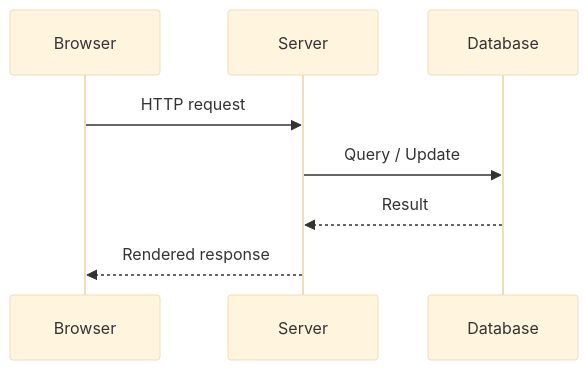
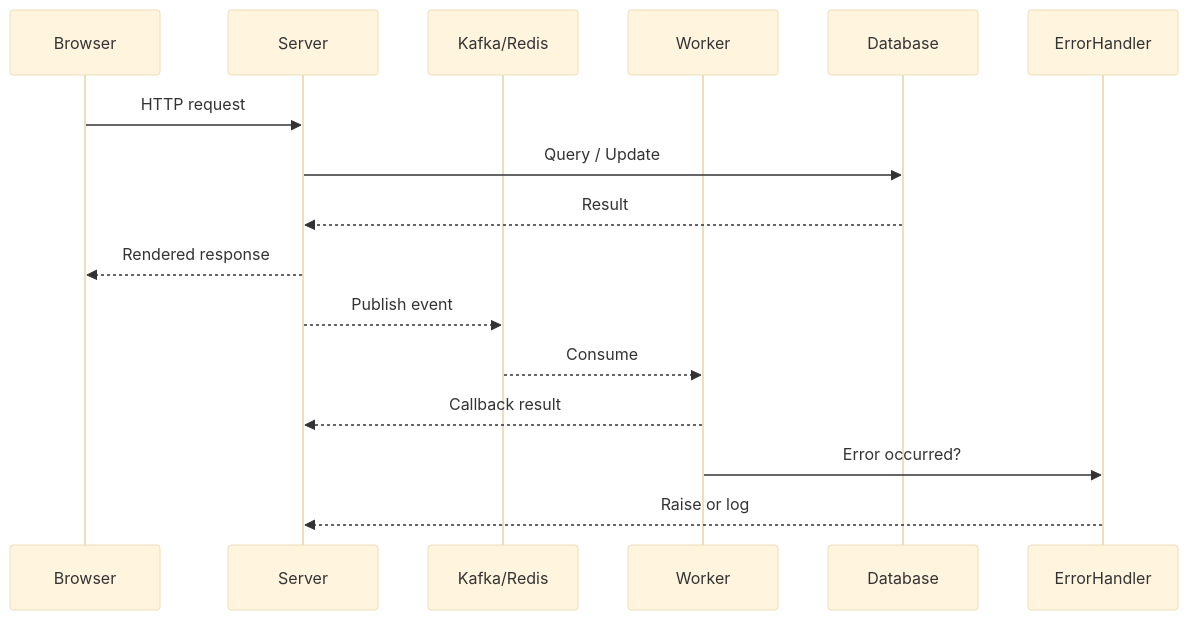
The diagram in docs/data_flow.md (WSG23/yosai_intel_dashboard_fresh), drawn with Mermaid (base theme) before and after one commit. The commit also changed other lines of this file and 1 other file, not shown here.

Commit message:
docs: update diagrams with async queues

````diff
--- a/docs/data_flow.md
+++ b/docs/data_flow.md
@@ -3,11 +3,19 @@
 ```mermaid
 sequenceDiagram
     participant Browser
     participant Server
+    participant MQ as Kafka/Redis
+    participant Worker
     participant DB as Database
+    participant EH as ErrorHandler
 
     Browser->>Server: HTTP request
     Server->>DB: Query / Update
     DB-->>Server: Result
     Server-->>Browser: Rendered response
+    Server-->>MQ: Publish event
+    MQ-->>Worker: Consume
+    Worker-->>Server: Callback result
+    Worker->>EH: Error occurred?
+    EH-->>Server: Raise or log
 ```
````
